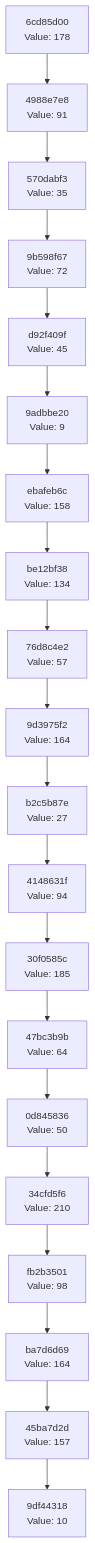
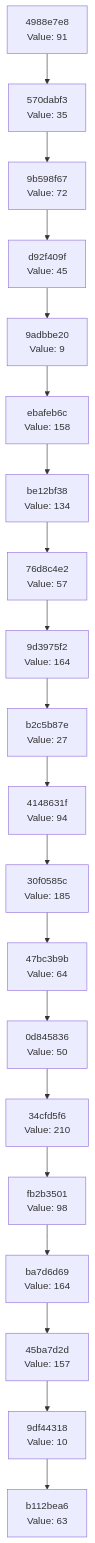
One commit to Abhisheksinha1506/hash-chain-evolver changed the diagram in docs/CHAIN_VISUALIZATION.md. Above: the diagram before and after it, drawn with Mermaid. The commit also changed 3 other files, not shown here.

````diff
--- a/docs/CHAIN_VISUALIZATION.md
+++ b/docs/CHAIN_VISUALIZATION.md
@@ -3,42 +3,42 @@
 ```mermaid
 graph TD
-    C0["9df44318<br/>Value: 10"]
-    C1["45ba7d2d<br/>Value: 157"]
+    C0["b112bea6<br/>Value: 63"]
+    C1["9df44318<br/>Value: 10"]
     C1 --> C0
-    C2["ba7d6d69<br/>Value: 164"]
+    C2["45ba7d2d<br/>Value: 157"]
     C2 --> C1
-    C3["fb2b3501<br/>Value: 98"]
+    C3["ba7d6d69<br/>Value: 164"]
     C3 --> C2
-    C4["34cfd5f6<br/>Value: 210"]
+    C4["fb2b3501<br/>Value: 98"]
     C4 --> C3
-    C5["0d845836<br/>Value: 50"]
+    C5["34cfd5f6<br/>Value: 210"]
     C5 --> C4
-    C6["47bc3b9b<br/>Value: 64"]
+    C6["0d845836<br/>Value: 50"]
     C6 --> C5
-    C7["30f0585c<br/>Value: 185"]
+    C7["47bc3b9b<br/>Value: 64"]
     C7 --> C6
-    C8["4148631f<br/>Value: 94"]
+    C8["30f0585c<br/>Value: 185"]
     C8 --> C7
-    C9["b2c5b87e<br/>Value: 27"]
+    C9["4148631f<br/>Value: 94"]
     C9 --> C8
-    C10["9d3975f2<br/>Value: 164"]
+    C10["b2c5b87e<br/>Value: 27"]
     C10 --> C9
-    C11["76d8c4e2<br/>Value: 57"]
+    C11["9d3975f2<br/>Value: 164"]
     C11 --> C10
-    C12["be12bf38<br/>Value: 134"]
+    C12["76d8c4e2<br/>Value: 57"]
     C12 --> C11
-    C13["ebafeb6c<br/>Value: 158"]
+    C13["be12bf38<br/>Value: 134"]
     C13 --> C12
-    C14["9adbbe20<br/>Value: 9"]
+    C14["ebafeb6c<br/>Value: 158"]
     C14 --> C13
-    C15["d92f409f<br/>Value: 45"]
+    C15["9adbbe20<br/>Value: 9"]
     C15 --> C14
-    C16["9b598f67<br/>Value: 72"]
+    C16["d92f409f<br/>Value: 45"]
     C16 --> C15
-    C17["570dabf3<br/>Value: 35"]
+    C17["9b598f67<br/>Value: 72"]
     C17 --> C16
-    C18["4988e7e8<br/>Value: 91"]
+    C18["570dabf3<br/>Value: 35"]
     C18 --> C17
-    C19["6cd85d00<br/>Value: 178"]
+    C19["4988e7e8<br/>Value: 91"]
     C19 --> C18
 ```
````
